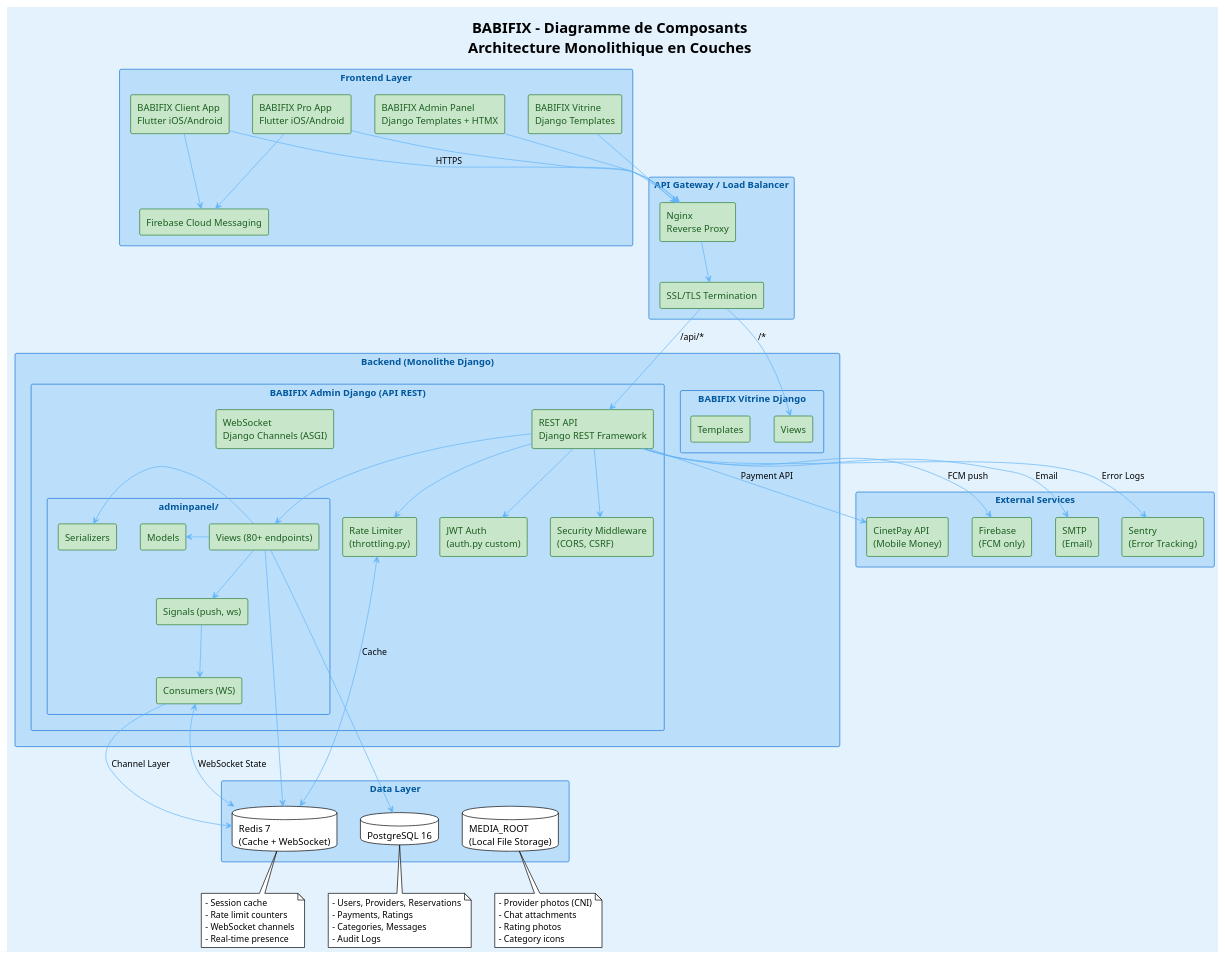
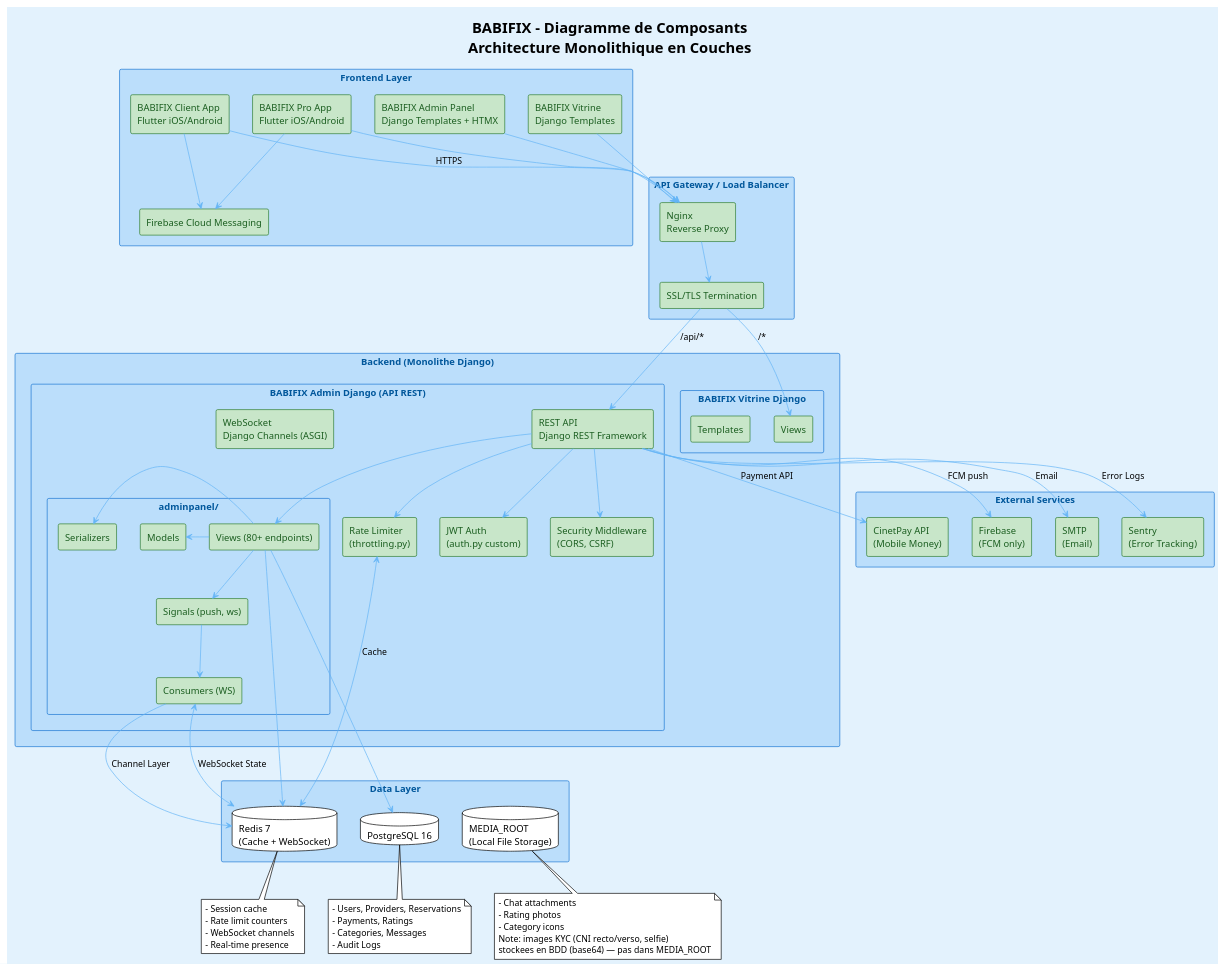
The diagram in UML_DIAGRAMMES/11_composants_architecture.puml (yvan2007/new-babifixbuild), drawn with PlantUML before and after one commit. The commit also changed 80 other files, not shown here.

```diff
--- a/UML_DIAGRAMMES/11_composants_architecture.puml
+++ b/UML_DIAGRAMMES/11_composants_architecture.puml
@@ -1,150 +1,151 @@
 @startuml BABIFIX - Diagramme de Composants
 !theme plain
 
 skinparam backgroundColor #E3F2FD
 skinparam componentStyle rectangle
 skinparam packageStyle rectangle
 
 skinparam rectangle {
   BackgroundColor #BBDEFB
   BorderColor #1976D2
   FontColor #01579B
 }
 
 skinparam component {
   BackgroundColor #C8E6C9
   BorderColor #2E7D32
   FontColor #1B5E20
 }
 
 skinparam interface {
   BackgroundColor #FFF9C4
   BorderColor #F9A825
   FontColor #F57F17
 }
 
 skinparam arrow {
   Color #64B5F6
 }
 
 title **BABIFIX** - Diagramme de Composants\nArchitecture Monolithique en Couches
 
 package "Frontend Layer" {
 
   [BABIFIX Client App\nFlutter iOS/Android] as ClientApp
   [BABIFIX Pro App\nFlutter iOS/Android] as ProApp
   [BABIFIX Admin Panel\nDjango Templates + HTMX] as AdminPanel
   [BABIFIX Vitrine\nDjango Templates] as VitrineWeb
 
   component "Firebase Cloud Messaging" as FCM
 
   ClientApp -down-> FCM
   ProApp -down-> FCM
 }
 
 package "API Gateway / Load Balancer" {
   [Nginx\nReverse Proxy] as Nginx
   [SSL/TLS Termination] as SSL
 }
 
 package "Backend (Monolithe Django)" {
 
   package "BABIFIX Admin Django (API REST)" {
     component "REST API\nDjango REST Framework" as RESTAPI
     component "WebSocket\nDjango Channels (ASGI)" as WebSocket
     component "JWT Auth\n(auth.py custom)" as JWTAuth
     
     component "Rate Limiter\n(throttling.py)" as RateLimiter
     component "Security Middleware\n(CORS, CSRF)" as SecurityMW
     
     package "adminpanel/" {
       component "Views (80+ endpoints)" as Views
       component "Models" as Models
       component "Serializers" as Serializers
       component "Signals (push, ws)" as Signals
       component "Consumers (WS)" as Consumers
     }
   }
   
   package "BABIFIX Vitrine Django" {
     component "Views" as VitrineViews
     component "Templates" as Templates
   }
 }
 
 package "Data Layer" {
   database "PostgreSQL 16" as Postgres
   database "Redis 7\n(Cache + WebSocket)" as Redis
   database "MEDIA_ROOT\n(Local File Storage)" as Media
 }
 
 package "External Services" {
   component "CinetPay API\n(Mobile Money)" as CinetPay
   component "Firebase\n(FCM only)" as Firebase
   component "SMTP\n(Email)" as SMTP
   component "Sentry\n(Error Tracking)" as Sentry
 }
 
 ' Connections
 ClientApp -down-> Nginx : HTTPS
 ProApp -down-> Nginx
 AdminPanel -down-> Nginx
 VitrineWeb -down-> Nginx
 
 Nginx -down-> SSL
 
 ' Backend principal
 SSL -down-> RESTAPI : /api/*
 
 ' Vitrine separee
 SSL -down-> VitrineViews : /*
 
 ' Security
 RESTAPI -down-> JWTAuth
 RESTAPI -down-> SecurityMW
 RESTAPI -down-> RateLimiter
 
 ' Internals
 RESTAPI -down-> Views
 Views -left-> Models
 Views -left-> Serializers
 Views -down-> Signals
 Signals -down-> Consumers
 
 ' Database
 Views -down-> Postgres
 Views -down-> Redis
 
 ' WebSocket
 Consumers -down-> Redis : Channel Layer
 Redis <-up-> Consumers : WebSocket State
 Redis <-up-> RateLimiter : Cache
 
 ' External services
 RESTAPI -down-> CinetPay : Payment API
 RESTAPI -down-> Firebase : FCM push
 RESTAPI -down-> SMTP : Email
 RESTAPI -down-> Sentry : Error Logs
 
 note bottom of Postgres
   - Users, Providers, Reservations
   - Payments, Ratings
   - Categories, Messages
   - Audit Logs
 end note
 
 note bottom of Redis
   - Session cache
   - Rate limit counters
   - WebSocket channels
   - Real-time presence
 end note
 
 note bottom of Media
-  - Provider photos (CNI)
   - Chat attachments
   - Rating photos
   - Category icons
+  Note: images KYC (CNI recto/verso, selfie)
+  stockees en BDD (base64) — pas dans MEDIA_ROOT
 end note
 
 @enduml
```
